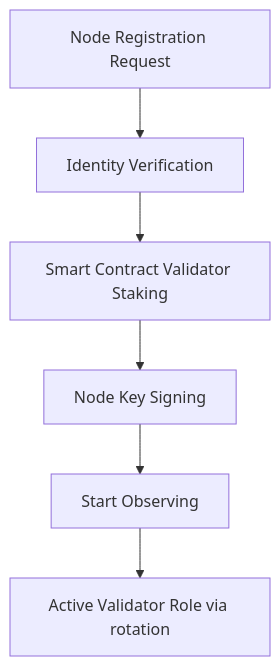
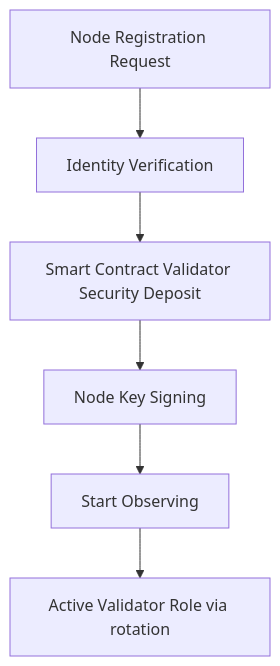
Before and after one commit to Aros-Technology-Studio/AST-Aros-Financial-Paradigm: the diagram in 01_coin_engine/AST Node Infrastructure Specification.md, drawn with Mermaid. The commit also changed other lines of this file and 69 other files, not shown here.

````diff
--- a/01_coin_engine/AST Node Infrastructure Specification.md
+++ b/01_coin_engine/AST Node Infrastructure Specification.md
@@ -45,8 +45,8 @@
 ```mermaid
 graph TD;
   A[Node Registration Request] --> B[Identity Verification];
-  B --> C[Smart Contract Validator Staking];
+  B --> C[Smart Contract Validator Security Deposit];
   C --> D[Node Key Signing];
   D --> E[Start Observing];
   E --> F[Active Validator Role via rotation];
 ```
````
